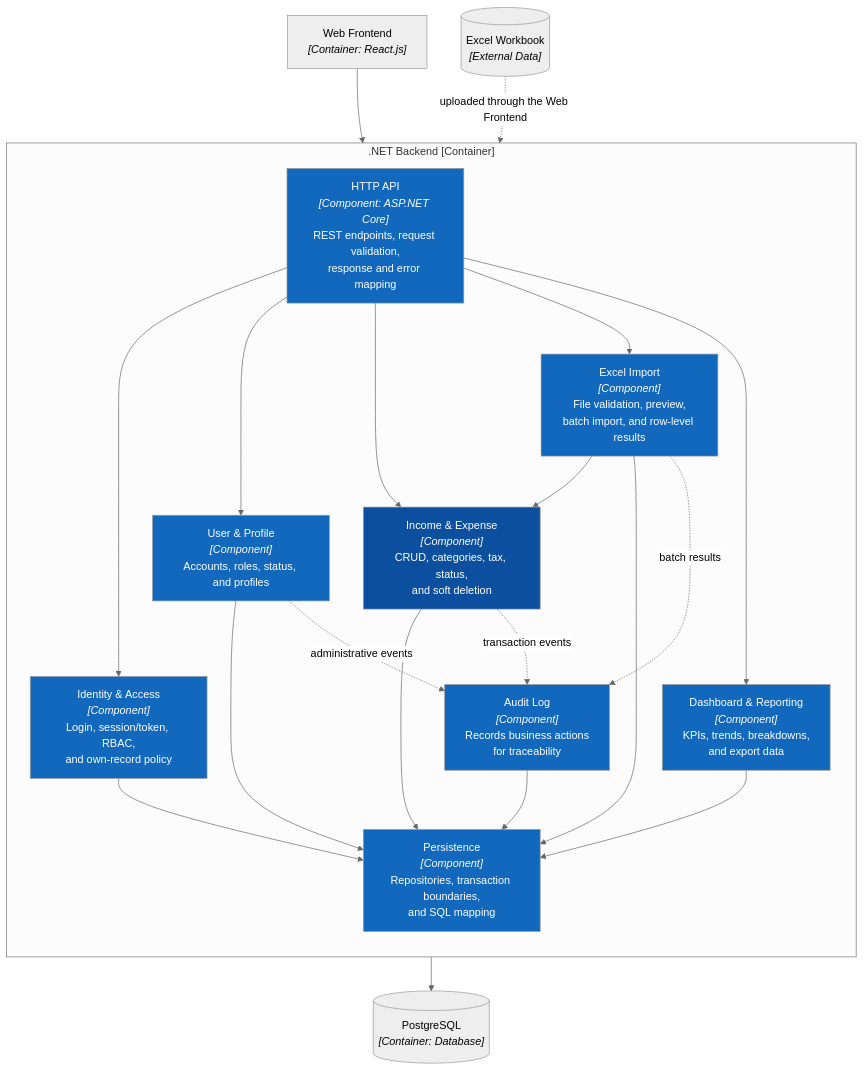
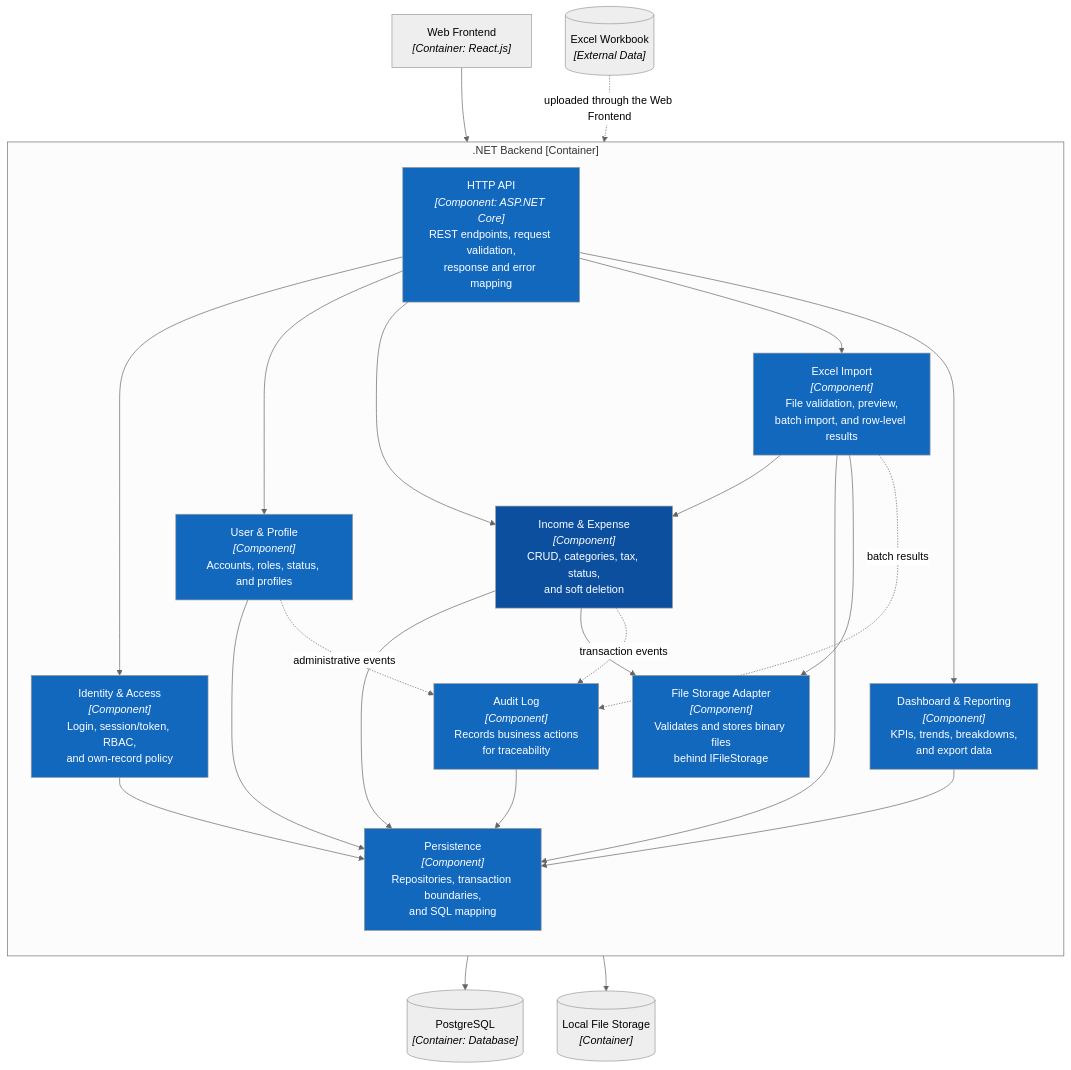
Before and after one commit to PhamHiep948/finance-manager: the diagram in docs/architecture/c4/03-component.md, drawn with Mermaid (neutral theme). The commit also changed other lines of this file and 22 other files, not shown here.

````diff
--- a/docs/architecture/c4/03-component.md
+++ b/docs/architecture/c4/03-component.md
@@ -5,46 +5,52 @@
 ```mermaid
 flowchart TB
     subgraph rt[".NET Backend [Container]"]
         direction TB
         api["HTTP API<br/><i>[Component: ASP.NET Core]</i><br/>REST endpoints, request validation,<br/>response and error mapping"]
         identity["Identity & Access<br/><i>[Component]</i><br/>Login, session/token, RBAC,<br/>and own-record policy"]
         user["User & Profile<br/><i>[Component]</i><br/>Accounts, roles, status, and profiles"]
         ledger["Income & Expense<br/><i>[Component]</i><br/>CRUD, categories, tax, status,<br/>and soft deletion"]
         importer["Excel Import<br/><i>[Component]</i><br/>File validation, preview,<br/>batch import, and row-level results"]
         reporting["Dashboard & Reporting<br/><i>[Component]</i><br/>KPIs, trends, breakdowns,<br/>and export data"]
         audit["Audit Log<br/><i>[Component]</i><br/>Records business actions<br/>for traceability"]
+        fileStore["File Storage Adapter<br/><i>[Component]</i><br/>Validates and stores binary files<br/>behind IFileStorage"]
         persistence["Persistence<br/><i>[Component]</i><br/>Repositories, transaction boundaries,<br/>and SQL mapping"]
     end
 
     web["Web Frontend<br/><i>[Container: React.js]</i>"]
     db[("PostgreSQL<br/><i>[Container: Database]</i>")]
     file[("Excel Workbook<br/><i>[External Data]</i>")]
+    disk[("Local File Storage<br/><i>[Container]</i>")]
 
     web --> api
     file -.->|"uploaded through the Web Frontend"| api
     api --> identity
     api --> user
     api --> ledger
     api --> importer
     api --> reporting
     identity --> persistence
     user --> persistence
     ledger --> persistence
     importer --> ledger
     importer --> persistence
+    importer --> fileStore
+    ledger --> fileStore
     reporting --> persistence
     user -.->|"administrative events"| audit
     ledger -.->|"transaction events"| audit
     importer -.->|"batch results"| audit
     audit --> persistence
     persistence --> db
+    fileStore --> disk
 
     style api fill:#1168bd,color:#fff
     style identity fill:#1168bd,color:#fff
     style user fill:#1168bd,color:#fff
     style ledger fill:#0b4f9e,color:#fff
     style importer fill:#1168bd,color:#fff
     style reporting fill:#1168bd,color:#fff
     style audit fill:#1168bd,color:#fff
     style persistence fill:#1168bd,color:#fff
+    style fileStore fill:#1168bd,color:#fff
 ```
````
